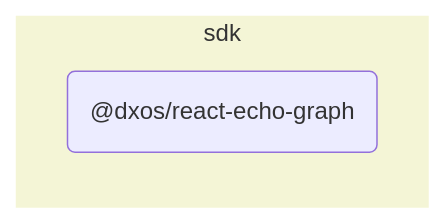
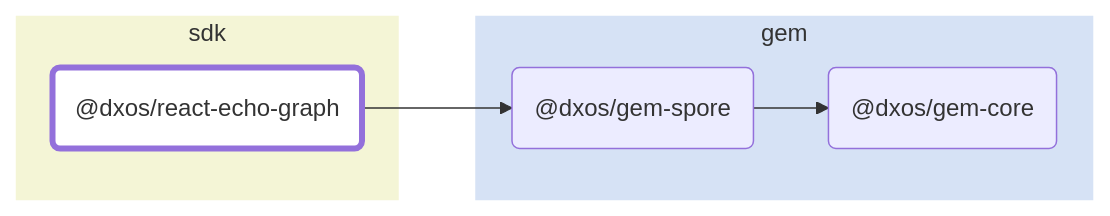
Before and after one commit to dxos/dxos: the diagram in packages/sdk/react-echo-graph/docs/README.md, drawn with Mermaid. The commit also changed other lines of this file and 88 other files, not shown here.

````diff
--- a/packages/sdk/react-echo-graph/docs/README.md
+++ b/packages/sdk/react-echo-graph/docs/README.md
@@ -5,9 +7,22 @@
 ```mermaid
 flowchart LR;
+
+style dxos/react-echo-graph fill:#fff,stroke-width:4px;
+
+click dxos/gem-core "https:/github.com/dxos/dxos/tree/main/packages/gem/gem-core/docs";
+click dxos/gem-spore "https:/github.com/dxos/dxos/tree/main/packages/gem/gem-spore/docs";
 
 subgraph sdk
   style sdk fill:#f4f5d6,stroke:#fff;
   dxos/react-echo-graph("@dxos/react-echo-graph");
 end
 
+subgraph gem
+  style gem fill:#d6e2f5,stroke:#fff;
+  dxos/gem-core("@dxos/gem-core");
+  dxos/gem-spore("@dxos/gem-spore");
+end
+
+dxos/react-echo-graph --> dxos/gem-spore;
+dxos/gem-spore --> dxos/gem-core;
 ```
````
